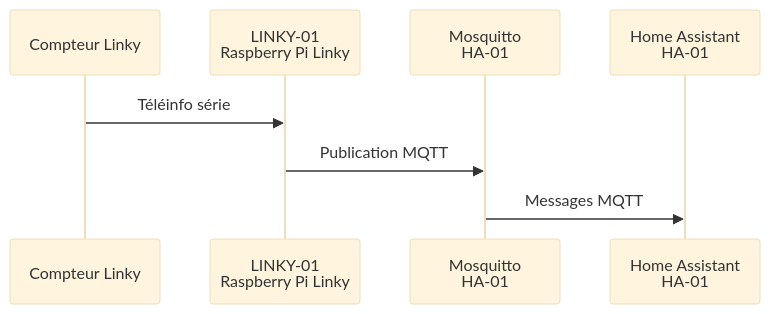
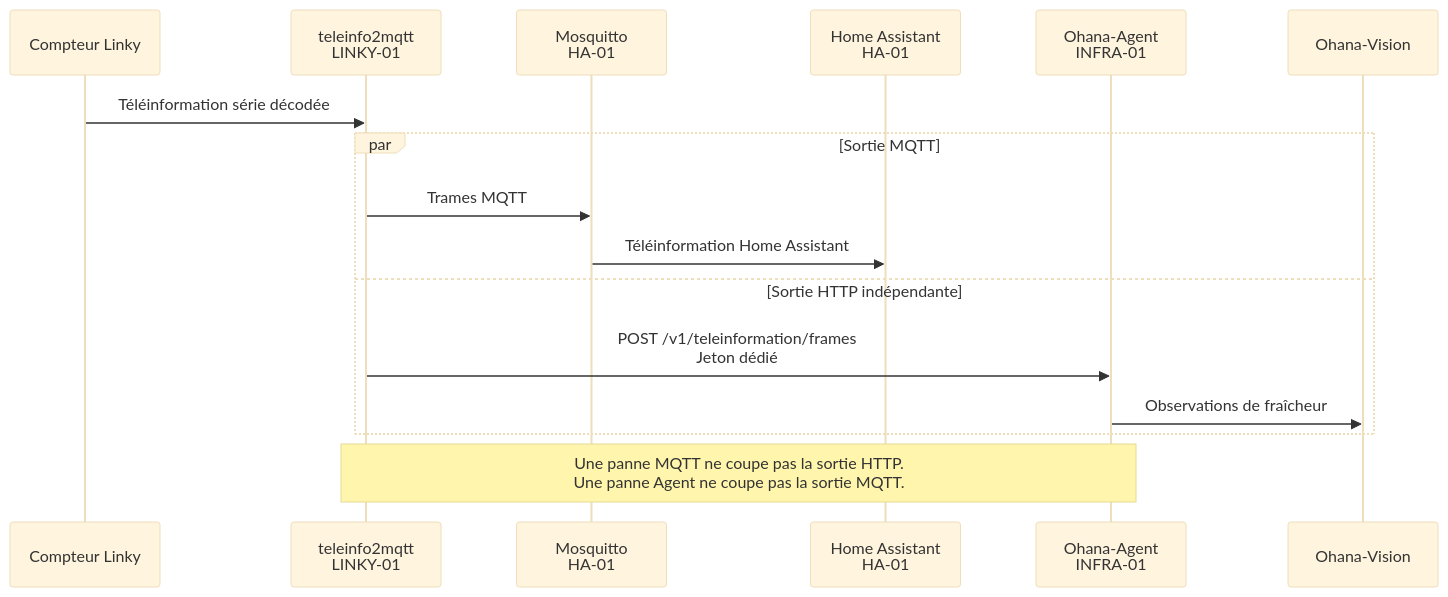
One commit to cedric-HAOS/Ohana-House changed the diagram in diagrams/flows/DGM-004-Flux-MQTT.mmd. Above: the diagram before and after it, drawn with Mermaid (base theme). The commit also changed 21 other files, not shown here.

```diff
--- a/diagrams/flows/DGM-004-Flux-MQTT.mmd
+++ b/diagrams/flows/DGM-004-Flux-MQTT.mmd
@@ -1,9 +1,17 @@
 sequenceDiagram
     participant Linky as Compteur Linky
-    participant RPI as LINKY-01<br/>Raspberry Pi Linky
+    participant RPI as teleinfo2mqtt<br/>LINKY-01
     participant MQTT as Mosquitto<br/>HA-01
     participant HA as Home Assistant<br/>HA-01
+    participant Agent as Ohana-Agent<br/>INFRA-01
+    participant Vision as Ohana-Vision
 
-    Linky->>RPI: Téléinfo série
-    RPI->>MQTT: Publication MQTT
-    MQTT->>HA: Messages MQTT
+    Linky->>RPI: Téléinformation série décodée
+    par Sortie MQTT
+        RPI->>MQTT: Trames MQTT
+        MQTT->>HA: Téléinformation Home Assistant
+    and Sortie HTTP indépendante
+        RPI->>Agent: POST /v1/teleinformation/frames<br/>Jeton dédié
+        Agent->>Vision: Observations de fraîcheur
+    end
+    Note over RPI,Agent: Une panne MQTT ne coupe pas la sortie HTTP.<br/>Une panne Agent ne coupe pas la sortie MQTT.
```
